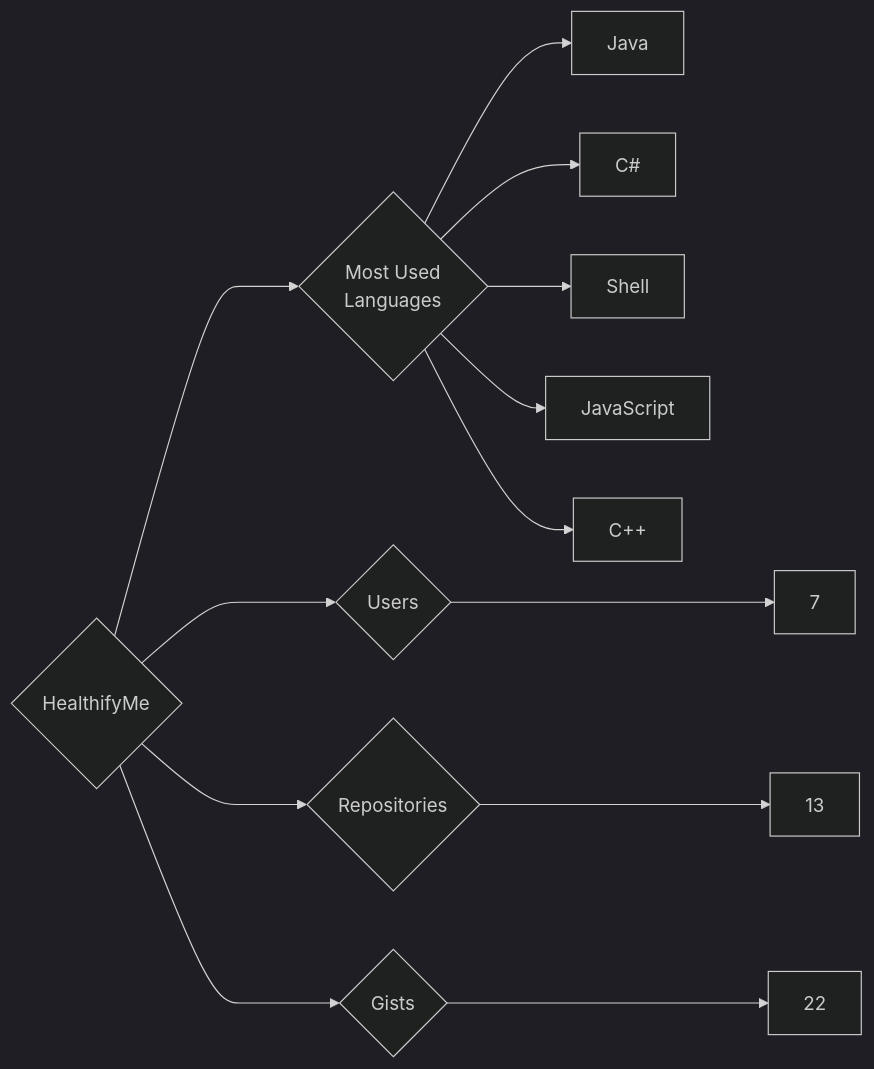
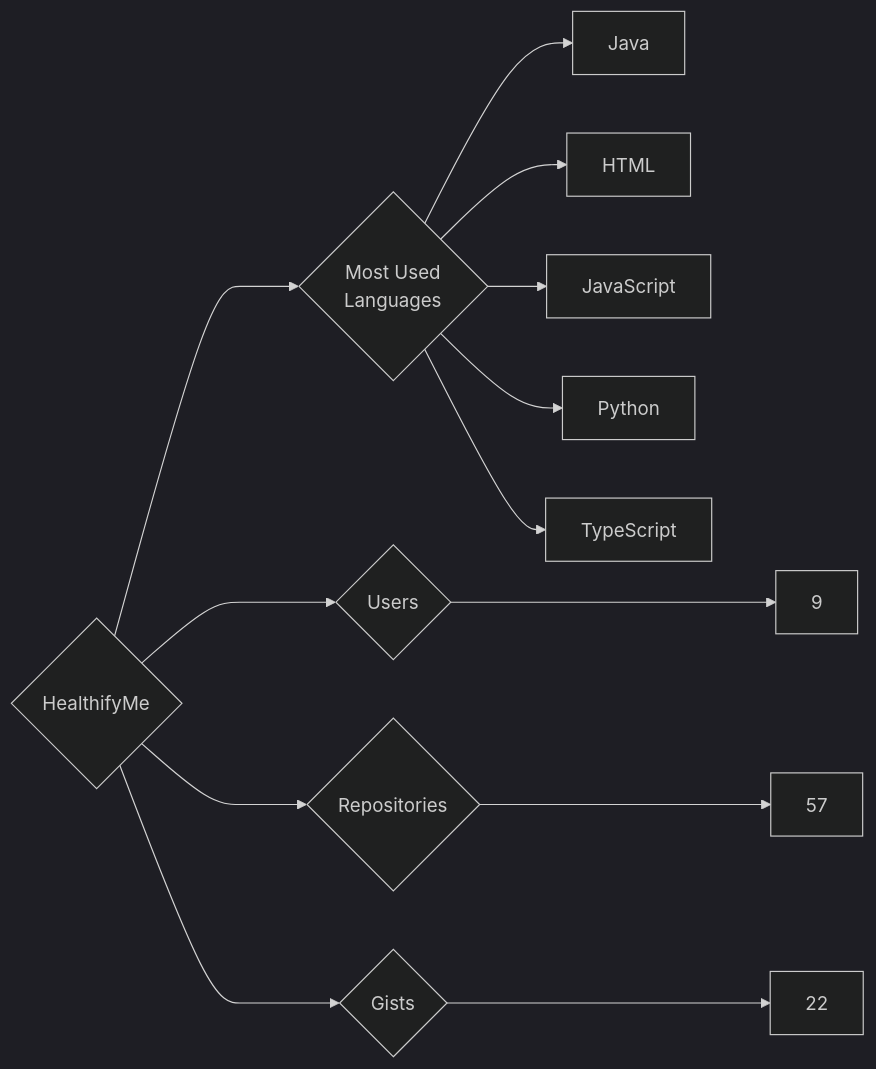
Before and after one commit to trickest/insiders: the diagram in targets/HealthifyMe/README.md, drawn with Mermaid (dark theme). The commit also changed 1141 other files, not shown here.

````diff
--- a/targets/HealthifyMe/README.md
+++ b/targets/HealthifyMe/README.md
@@ -3,13 +3,13 @@
 ```mermaid
 graph LR
 COMPANY_NAME{HealthifyMe}
-COMPANY_NAME ---> U{Users} ---> UN[7]
-COMPANY_NAME ---> R{Repositories} ---> RN[13]
+COMPANY_NAME ---> U{Users} ---> UN[9]
+COMPANY_NAME ---> R{Repositories} ---> RN[57]
 COMPANY_NAME ---> G{Gists} ---> GN[22]
 COMPANY_NAME ---> ML{Most Used<br>Languages}
 ML --> Java[Java]
-ML --> C#[C#]
-ML --> Shell[Shell]
+ML --> HTML[HTML]
 ML --> JavaScript[JavaScript]
-ML --> C++[C++]
+ML --> Python[Python]
+ML --> TypeScript[TypeScript]
 ```
````
